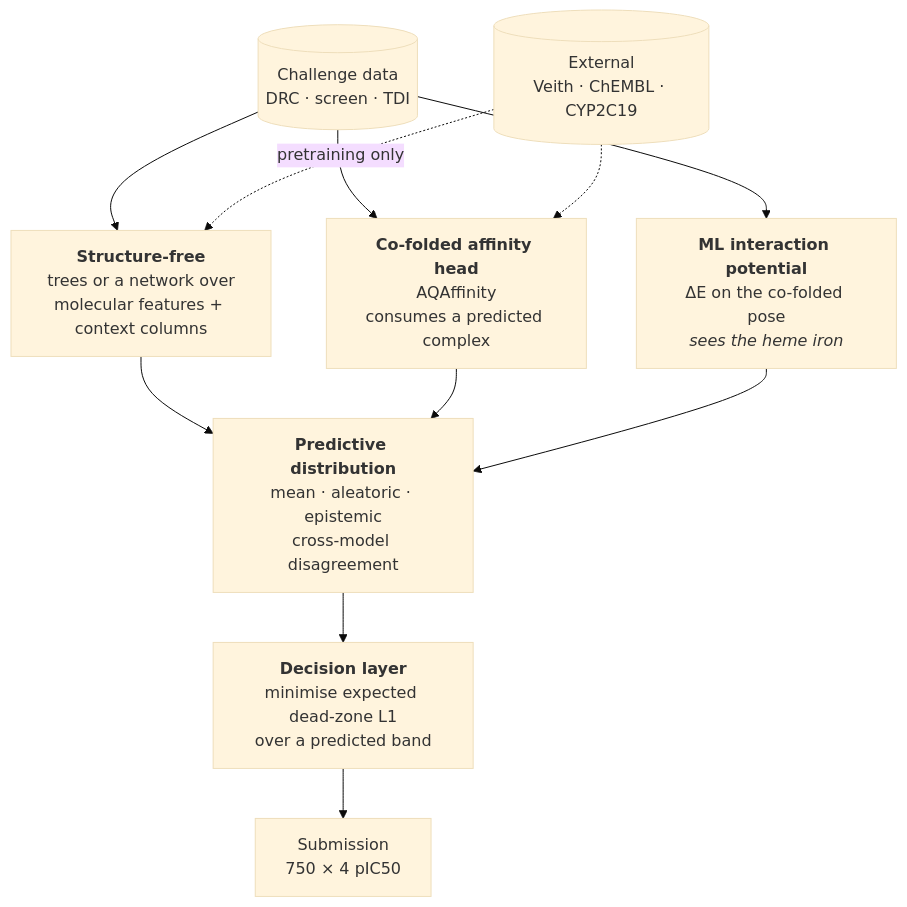
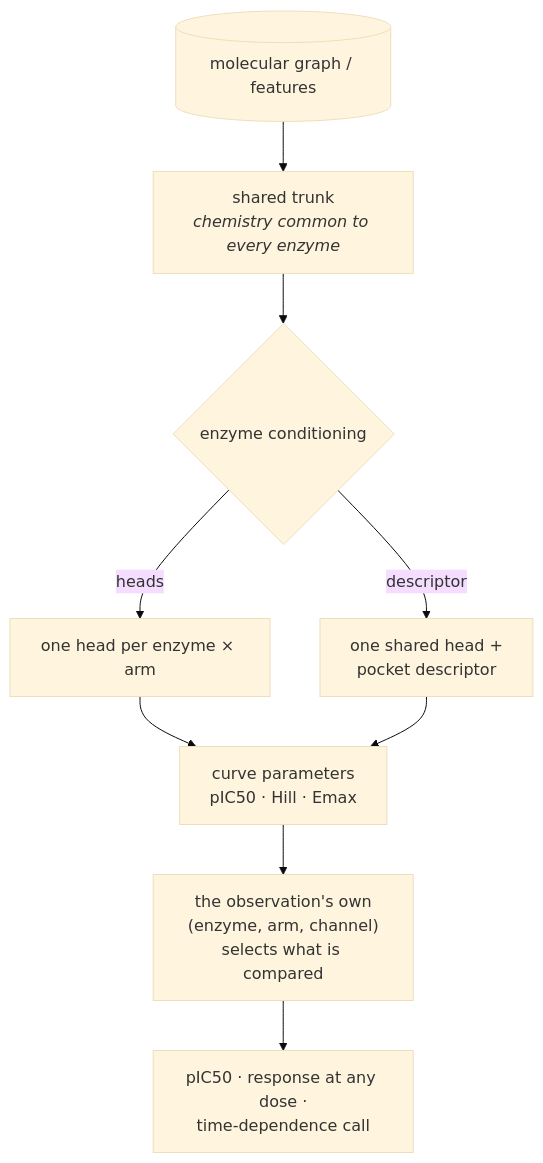
Before and after one commit to SimonCrouzet/CYP-Shift: the diagram in README.md, drawn with Mermaid (base theme). The commit also changed other lines of this file and 6 other files, not shown here.

````diff
--- a/README.md
+++ b/README.md
@@ -91,19 +110,11 @@
 ```mermaid
 flowchart TD
-    D[("Challenge data<br/>DRC · screen · TDI")] --> A
-    D --> B
-    D --> C
-    X[("External<br/>Veith · ChEMBL · CYP2C19")] -.pretraining only.-> A
-    X -.-> B
-
-    A["<b>Structure-free</b><br/>trees or a network over<br/>molecular features + context columns"]
-    B["<b>Co-folded affinity head</b><br/>AQAffinity<br/>consumes a predicted complex"]
-    C["<b>ML interaction potential</b><br/>ΔE on the co-folded pose<br/><i>sees the heme iron</i>"]
-
-    A --> P
-    B --> P
-    C --> P
-    P["<b>Predictive distribution</b><br/>mean · aleatoric · epistemic<br/>cross-model disagreement"]
-    P --> Q["<b>Decision layer</b><br/>minimise expected dead-zone L1<br/>over a predicted band"]
-    Q --> S["Submission<br/>750 × 4 pIC50"]
+    D[("molecular graph / features")] --> T["shared trunk<br/><i>chemistry common to every enzyme</i>"]
+    T --> C{"enzyme conditioning"}
+    C -->|heads| H["one head per enzyme × arm"]
+    C -->|descriptor| S["one shared head +<br/>pocket descriptor"]
+    H --> P["curve parameters<br/>pIC50 · Hill · Emax"]
+    S --> P
+    P --> O["the observation's own<br/>(enzyme, arm, channel)<br/>selects what is compared"]
+    O --> R["pIC50 · response at any dose ·<br/>time-dependence call"]
 ```
````
